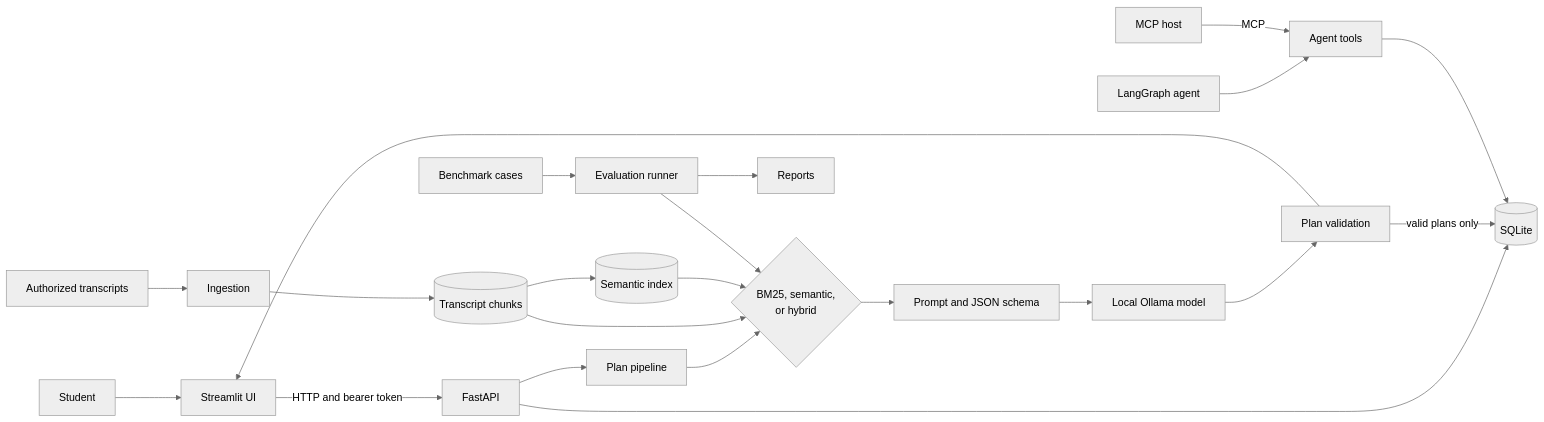
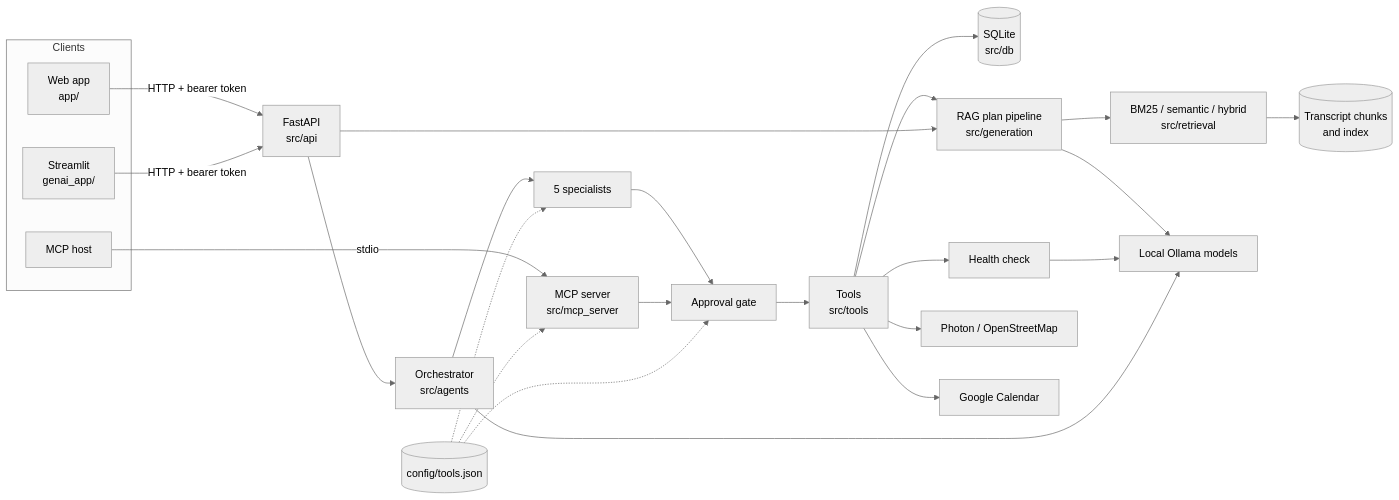
One commit to Kingflow-23/RepWise changed the first of 2 diagrams in docs/architecture.md. Above: the diagram before and after it, drawn with Mermaid (neutral theme). The commit also changed other lines of this file and 111 other files, not shown here.

````diff
--- a/docs/architecture.md
+++ b/docs/architecture.md
@@ -8,27 +12,32 @@
 ```mermaid
 flowchart LR
-    Student --> UI[Streamlit UI]
-    UI -->|HTTP and bearer token| API[FastAPI]
-    API --> DB[(SQLite)]
-    API --> Pipeline[Plan pipeline]
-    Pipeline --> Retriever{BM25, semantic,<br/>or hybrid}
-    Chunks[(Transcript chunks)] --> Retriever
-    Index[(Semantic index)] --> Retriever
-    Retriever --> Prompt[Prompt and JSON schema]
-    Prompt --> Ollama[Local Ollama model]
-    Ollama --> Validate[Plan validation]
-    Validate -->|valid plans only| DB
-    Validate --> UI
+    subgraph Clients
+        Web[Web app<br/>app/]
+        Streamlit[Streamlit<br/>genai_app/]
+        Host[MCP host]
+    end
+    Web -->|HTTP + bearer token| API[FastAPI<br/>src/api]
+    Streamlit -->|HTTP + bearer token| API
+    Host -->|stdio| MCP[MCP server<br/>src/mcp_server]
 
-    Sources[Authorized transcripts] --> Ingest[Ingestion]
-    Ingest --> Chunks
-    Chunks --> Index
+    API --> Orchestrator[Orchestrator<br/>src/agents]
+    Orchestrator --> Specialists[5 specialists]
+    Specialists --> Gate[Approval gate]
+    MCP --> Gate
+    Gate --> Tools[Tools<br/>src/tools]
+    Catalog[(config/tools.json)] -.-> Gate
+    Catalog -.-> MCP
+    Catalog -.-> Specialists
 
-    Cases[Benchmark cases] --> Eval[Evaluation runner]
-    Eval --> Retriever
-    Eval --> Reports[Reports]
-
-    Agent[LangGraph agent] --> Tools[Agent tools]
-    Host[MCP host] -->|MCP| Tools
-    Tools --> DB
+    Tools --> DB[(SQLite<br/>src/db)]
+    Tools --> Pipeline[RAG plan pipeline<br/>src/generation]
+    Tools --> Health[Health check]
+    Tools --> Photon[Photon / OpenStreetMap]
+    Tools --> Google[Google Calendar]
+    API --> Pipeline
+    Pipeline --> Retriever[BM25 / semantic / hybrid<br/>src/retrieval]
+    Retriever --> Chunks[(Transcript chunks<br/>and index)]
+    Pipeline --> Ollama[Local Ollama models]
+    Health --> Ollama
+    Orchestrator --> Ollama
 ```
````
